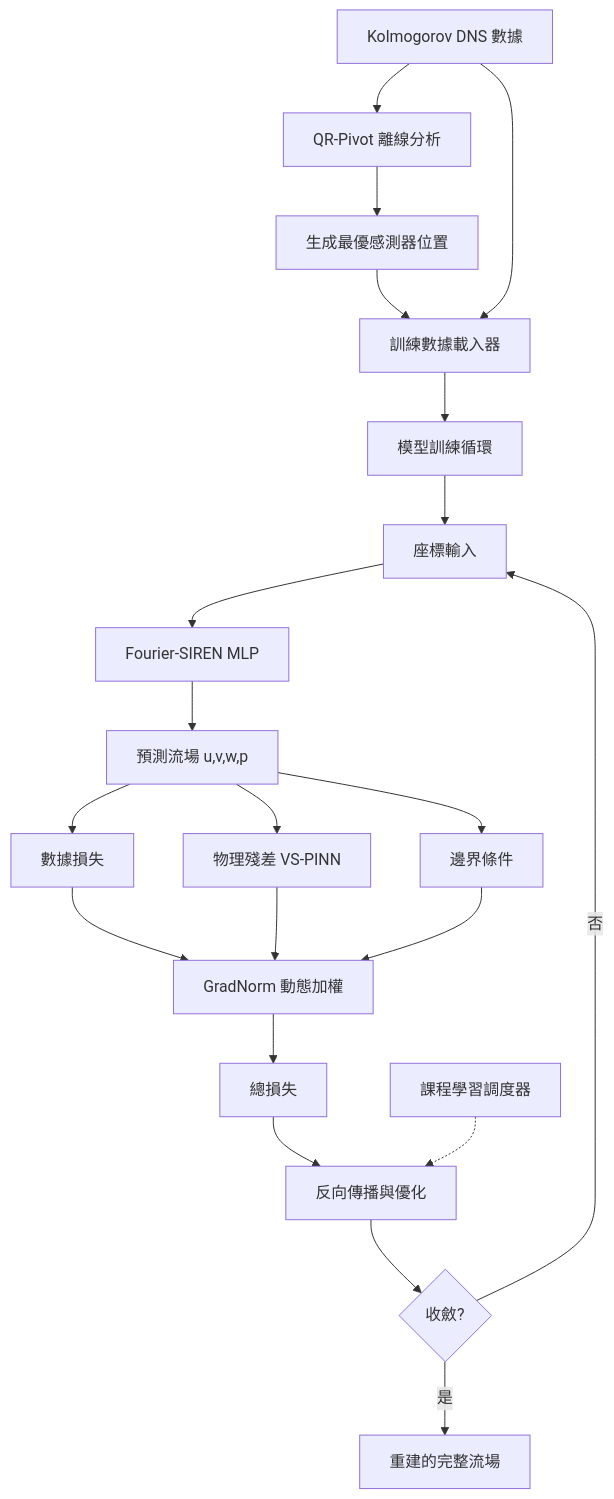
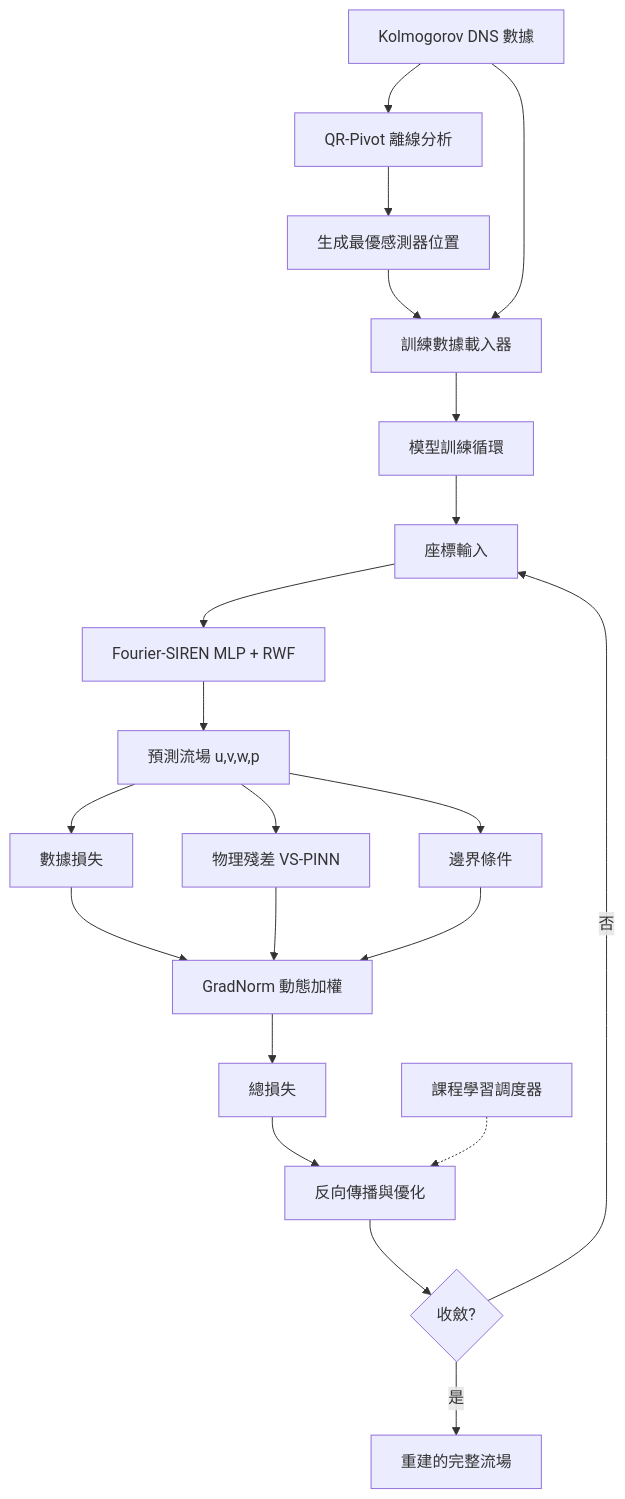
The diagram in README.md (latteine1217/pinns-mvp), drawn with Mermaid before and after one commit. The commit also changed other lines of this file and 1 other file, not shown here.

Commit message:
docs: update README with Re=50 config and RWF; rename re100 config to re50

````diff
--- a/README.md
+++ b/README.md
@@ -104,25 +106,25 @@
 ```mermaid
 graph TD
     A[Kolmogorov DNS 數據] --> B[QR-Pivot 離線分析]
     B --> C[生成最優感測器位置]
     C --> D[訓練數據載入器]
     A --> D
     D --> E[模型訓練循環]
 
     E --> E1[座標輸入]
-    E1 --> E2[Fourier-SIREN MLP]
+    E1 --> E2[Fourier-SIREN MLP + RWF]
     E2 --> E3[預測流場 u,v,w,p]
     E3 --> L1[數據損失]
     E3 --> L2[物理殘差 VS-PINN]
     E3 --> L3[邊界條件]
     L1 --> E5[GradNorm 動態加權]
     L2 --> E5
     L3 --> E5
     E5 --> E6[總損失]
     E6 --> E7[反向傳播與優化]
     E7 --> E8{收斂?}
     E8 -->|否| E1
     E8 -->|是| G[重建的完整流場]
 
     F[課程學習調度器] -.-> E7
 ```
````
